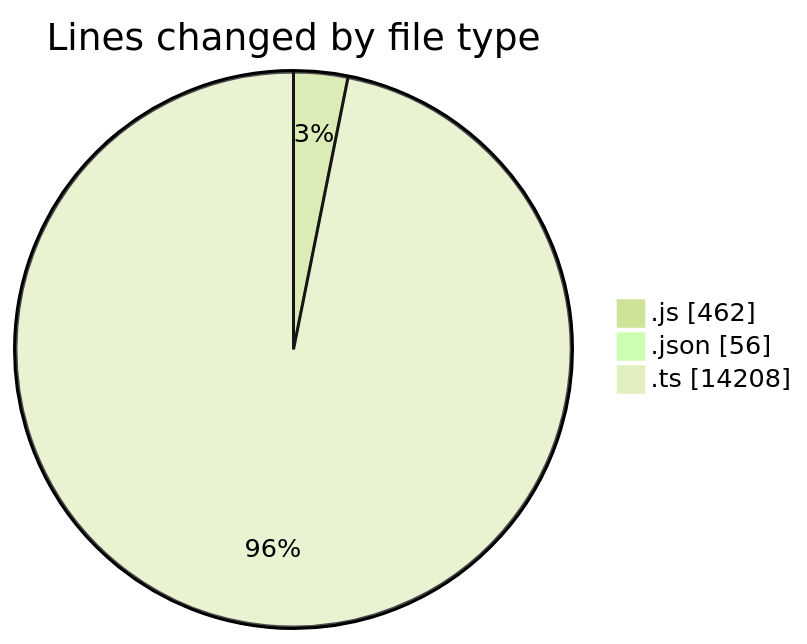
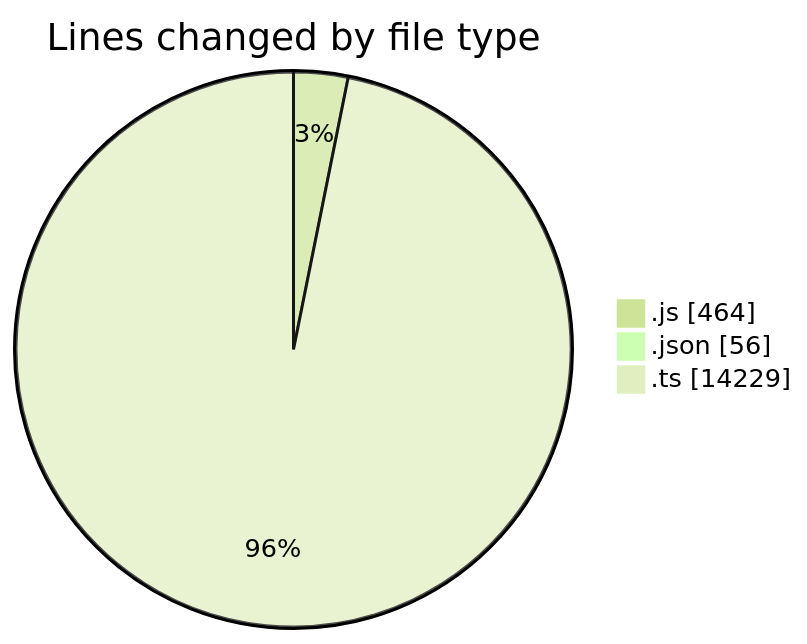
Before and after one commit to momahboobian/code-tracking: the first of 2 diagrams in 2025-09-04/cda/README.md, drawn with Mermaid (forest theme). The commit also changed other lines of this file and 1 other file, not shown here.

````diff
--- a/2025-09-04/cda/README.md
+++ b/2025-09-04/cda/README.md
@@ -34,7 +34,7 @@
 ```mermaid
 pie showData
 title Lines changed by file type
-".js" : 462
+".js" : 464
 ".json" : 56
-".ts" : 14208
+".ts" : 14229
 ```
````
